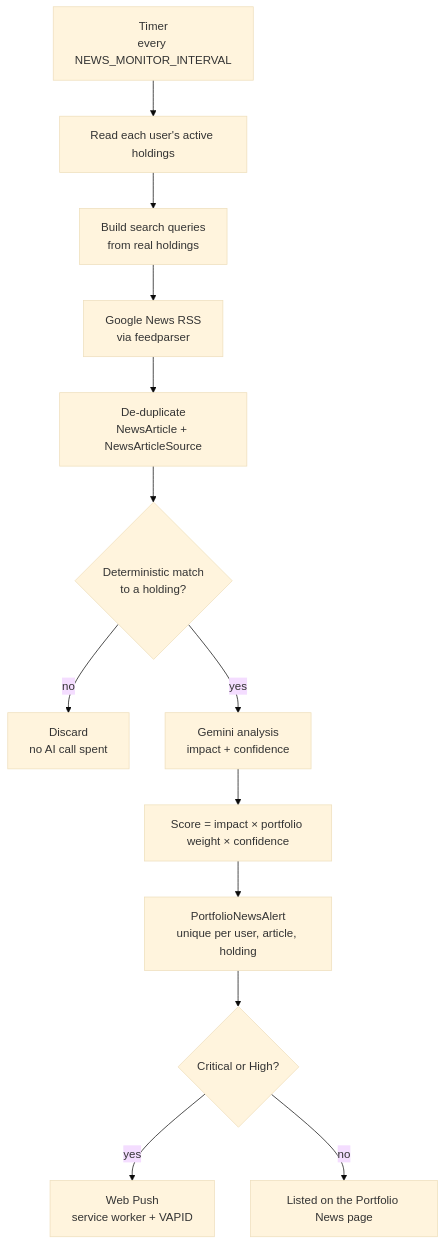
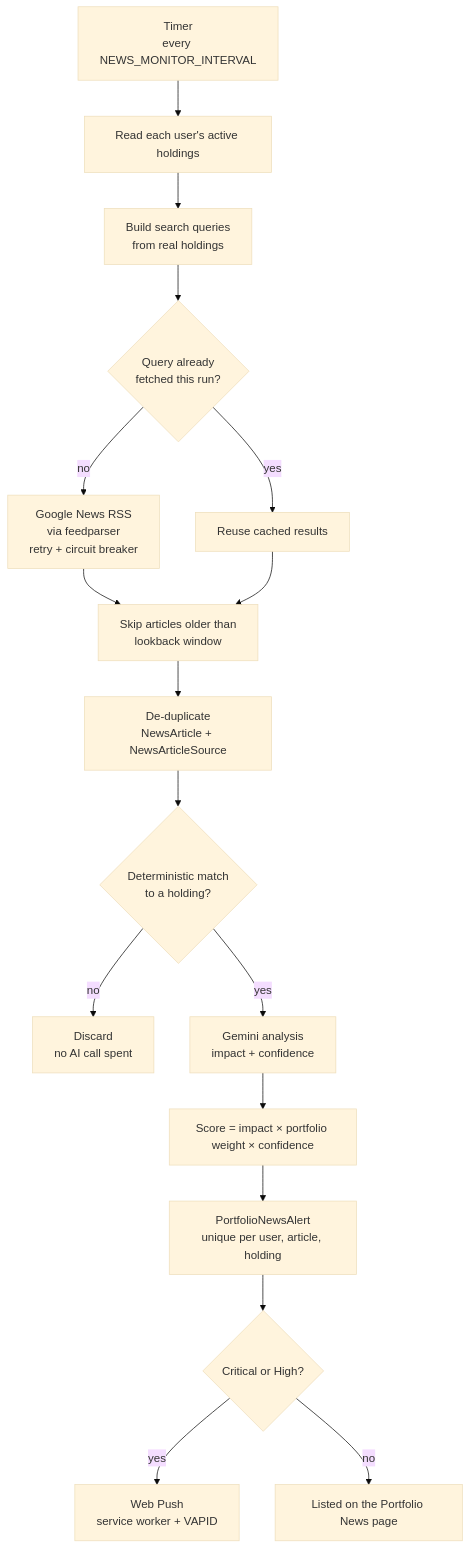
Before and after one commit to avviiiral/Personal_Wealth_Monitoring_System: the fourth of 7 diagrams in README.md, drawn with Mermaid (base theme). The commit also changed other lines of this file and 9 other files, not shown here.

````diff
--- a/README.md
+++ b/README.md
@@ -556,15 +584,19 @@
 ```mermaid
 flowchart TD
     T["Timer<br/>every NEWS_MONITOR_INTERVAL"] --> H["Read each user's active holdings"]
     H --> Q["Build search queries<br/>from real holdings"]
-    Q --> R["Google News RSS<br/>via feedparser"]
-    R --> D["De-duplicate<br/>NewsArticle + NewsArticleSource"]
+    Q --> K{"Query already<br/>fetched this run?"}
+    K -- yes --> R2["Reuse cached results"]
+    K -- no --> R["Google News RSS<br/>via feedparser<br/>retry + circuit breaker"]
+    R --> F["Skip articles older than<br/>lookback window"]
+    R2 --> F
+    F --> D["De-duplicate<br/>NewsArticle + NewsArticleSource"]
     D --> M{"Deterministic match<br/>to a holding?"}
     M -- no --> X["Discard<br/>no AI call spent"]
     M -- yes --> G["Gemini analysis<br/>impact + confidence"]
     G --> S["Score = impact × portfolio weight × confidence"]
     S --> A["PortfolioNewsAlert<br/>unique per user, article, holding"]
     A --> C{"Critical or High?"}
     C -- yes --> N["Web Push<br/>service worker + VAPID"]
     C -- no --> P["Listed on the Portfolio News page"]
 ```
````
